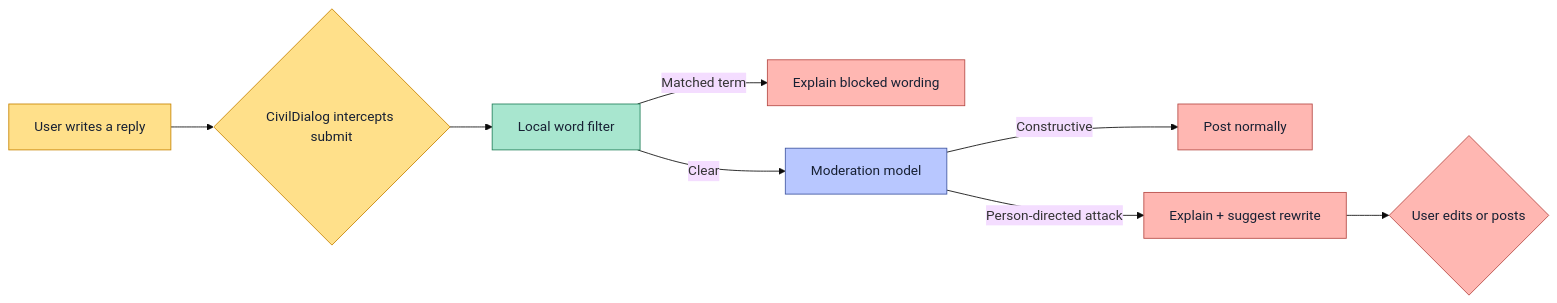
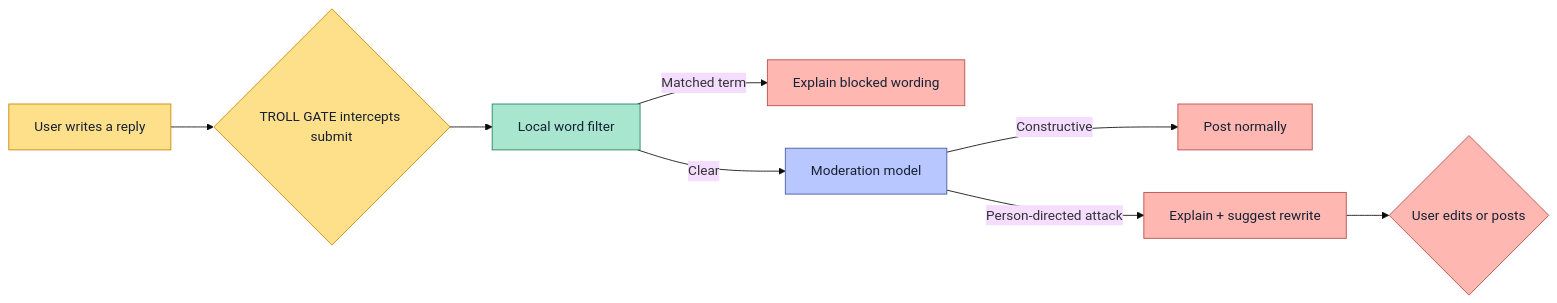
Before and after one commit to debayanCODES-1/Troll-Detector: the first of 2 diagrams in README.md, drawn with Mermaid (base theme). The commit also changed other lines of this file and 10 other files, not shown here.

Commit message:
Rename project to TROLL GATE

````diff
--- a/README.md
+++ b/README.md
@@ -23,19 +23,19 @@
 ```mermaid
 flowchart LR
-	A[User writes a reply] --> B{CivilDialog intercepts submit}
+	A[User writes a reply] --> B{TROLL GATE intercepts submit}
 	B --> C[Local word filter]
 	C -->|Matched term| D[Explain blocked wording]
 	C -->|Clear| E[Moderation model]
 	E -->|Constructive| F[Post normally]
 	E -->|Person-directed attack| G[Explain + suggest rewrite]
 	G --> H{User edits or posts}
 
 	classDef input fill:#FFE08A,stroke:#C88400,color:#172033
 	classDef local fill:#A8E6CF,stroke:#23805B,color:#172033
 	classDef model fill:#B8C7FF,stroke:#4056A1,color:#172033
 	classDef action fill:#FFB7B2,stroke:#B64A45,color:#172033
 	class A,B input
 	class C local
 	class E model
 	class D,F,G,H action
 ```
````
